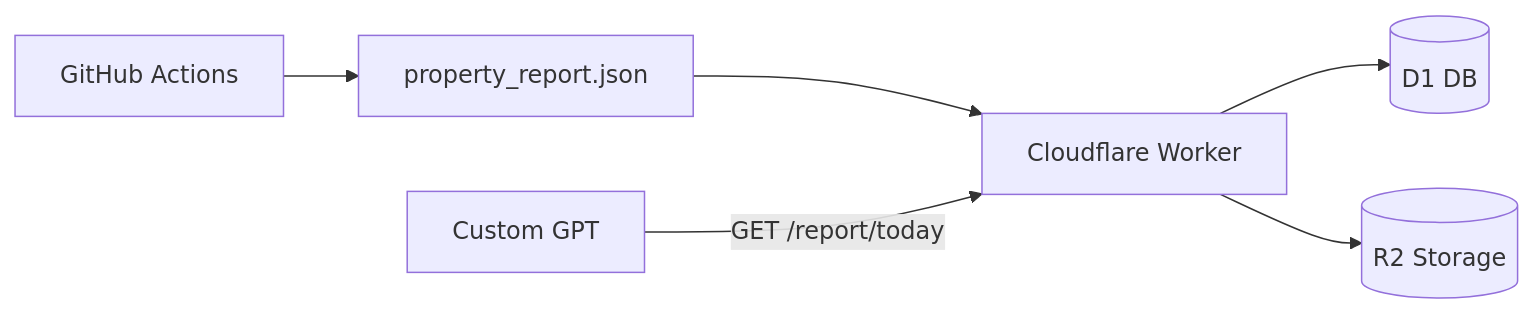
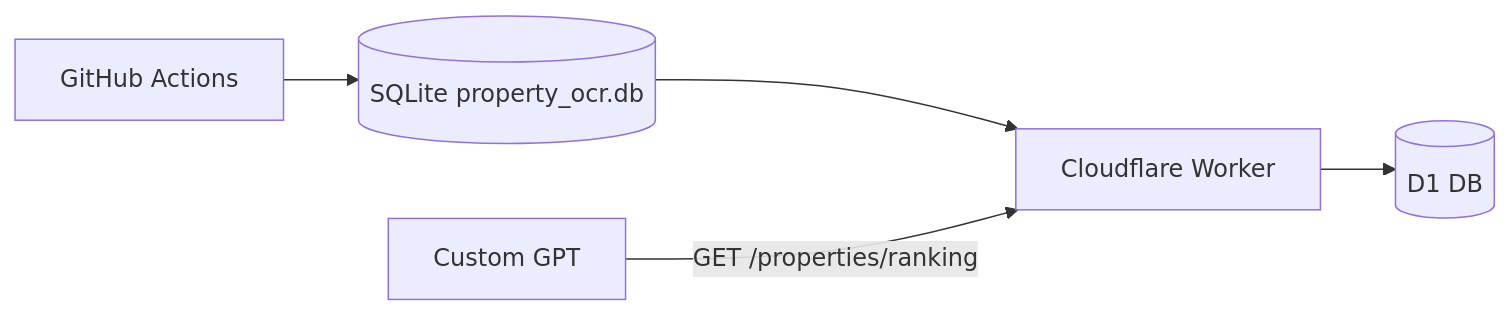
The second of 2 diagrams in docs/architecture.md (univcorp2-ctrl/public-drive-property-ocr-cloud), drawn with Mermaid before and after one commit. The commit also changed other lines of this file, not shown here.

Commit message:
Persist analysis results to SQLite database

````diff
--- a/docs/architecture.md
+++ b/docs/architecture.md
@@ -53,8 +38,7 @@
 ```mermaid
 flowchart LR
-    A[GitHub Actions] --> J[property_report.json]
-    J --> W[Cloudflare Worker]
+    A[GitHub Actions] --> DB[(SQLite property_ocr.db)]
+    DB --> W[Cloudflare Worker]
     W --> D1[(D1 DB)]
-    W --> R2[(R2 Storage)]
-    G[Custom GPT] -->|GET /report/today| W
+    G[Custom GPT] -->|GET /properties/ranking| W
 ```
````
